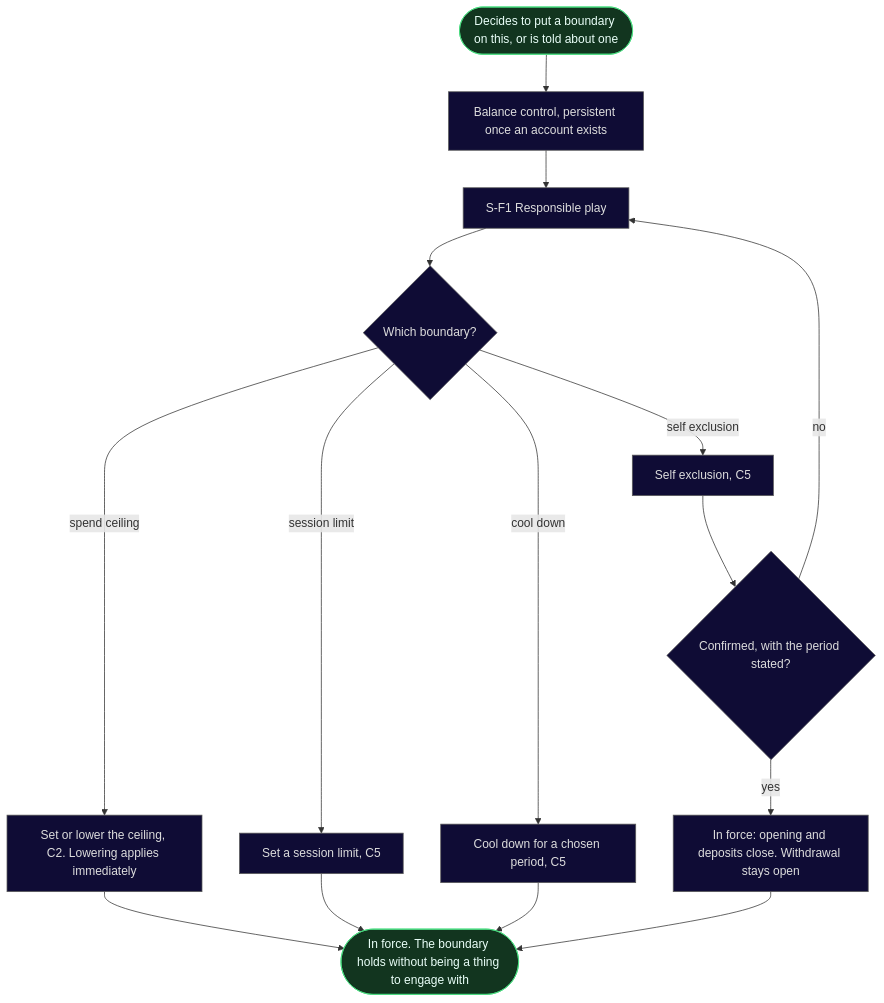
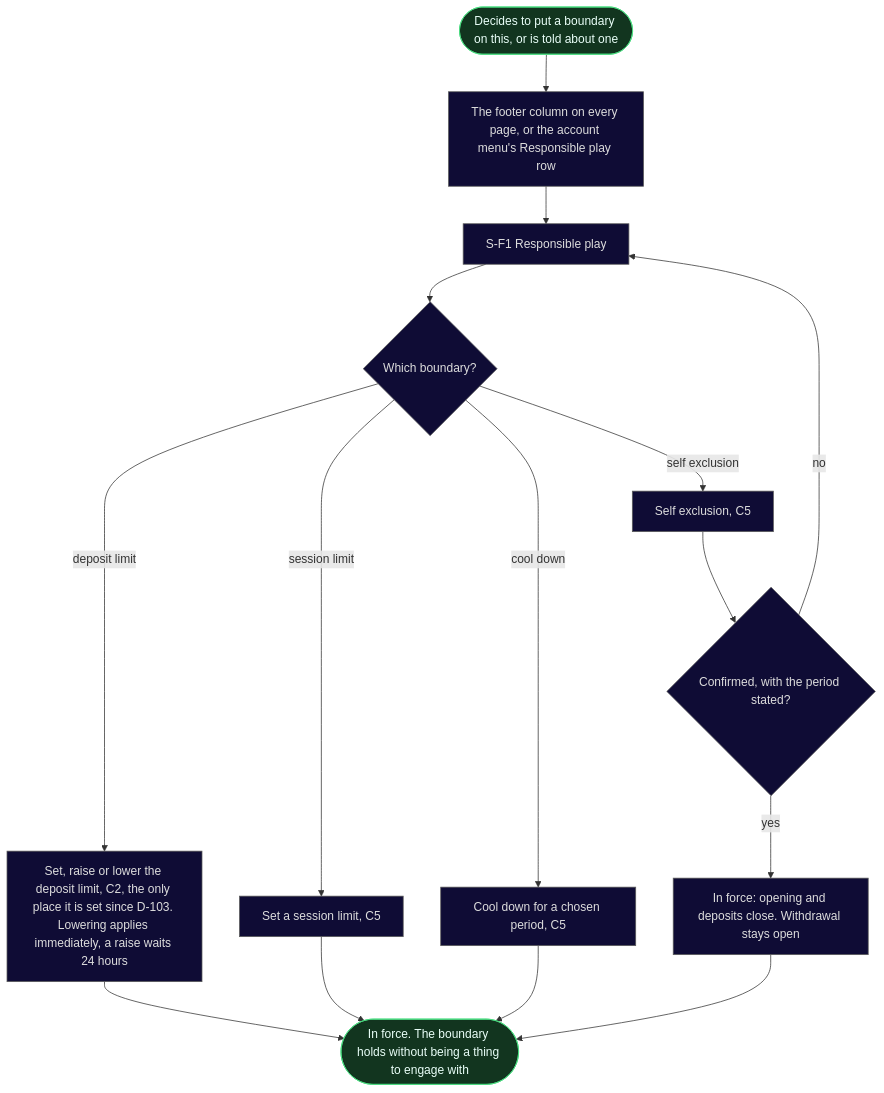
One commit to sergiodesign4u-dot/cs2-clutch changed the fourth of 7 diagrams in ia/docs/flows.md. Above: the diagram before and after it, drawn with Mermaid. The commit also changed other lines of this file and 14 other files, not shown here.

Commit message:
D-147: round 15 step 7, the map, the flows, the registry and the status catch up; baseline rows for 0.11 and 0.13

````diff
--- a/ia/docs/flows.md
+++ b/ia/docs/flows.md
@@ -169,22 +179,22 @@
 ```mermaid
 flowchart TD
-    R0(["Decides to put a boundary on this, or is told about one"]) --> Bal["Balance control, persistent once an account exists"]
-    Bal --> RP["S-F1 Responsible play"]
+    R0(["Decides to put a boundary on this, or is told about one"]) --> Entry["The footer column on every page, or the account menu's Responsible play row"]
+    Entry --> RP["S-F1 Responsible play"]
     RP --> Which{"Which boundary?"}
-    Which -->|"spend ceiling"| Ceil2["Set or lower the ceiling, C2. Lowering applies immediately"]
+    Which -->|"deposit limit"| Ceil2["Set, raise or lower the deposit limit, C2, the only place it is set since D-103. Lowering applies immediately, a raise waits 24 hours"]
     Which -->|"session limit"| Sess["Set a session limit, C5"]
     Which -->|"cool down"| Cool["Cool down for a chosen period, C5"]
     Which -->|"self exclusion"| Self["Self exclusion, C5"]
     Self --> Confirm{"Confirmed, with the period stated?"}
     Confirm -->|no| RP
     Confirm -->|yes| Excluded["In force: opening and deposits close. Withdrawal stays open"]
     Ceil2 --> InForce(["In force. The boundary holds without being a thing to engage with"])
     Sess --> InForce
     Cool --> InForce
     Excluded --> InForce
 
     classDef success fill:#12351f,stroke:#4ade80,color:#eafff9;
     classDef neutral fill:#0f0c35,stroke:#5a5a5a,color:#dddddd;
     class R0,InForce success;
-    class Bal,RP,Which,Ceil2,Sess,Cool,Self,Confirm,Excluded neutral;
+    class Entry,RP,Which,Ceil2,Sess,Cool,Self,Confirm,Excluded neutral;
 ```
````
